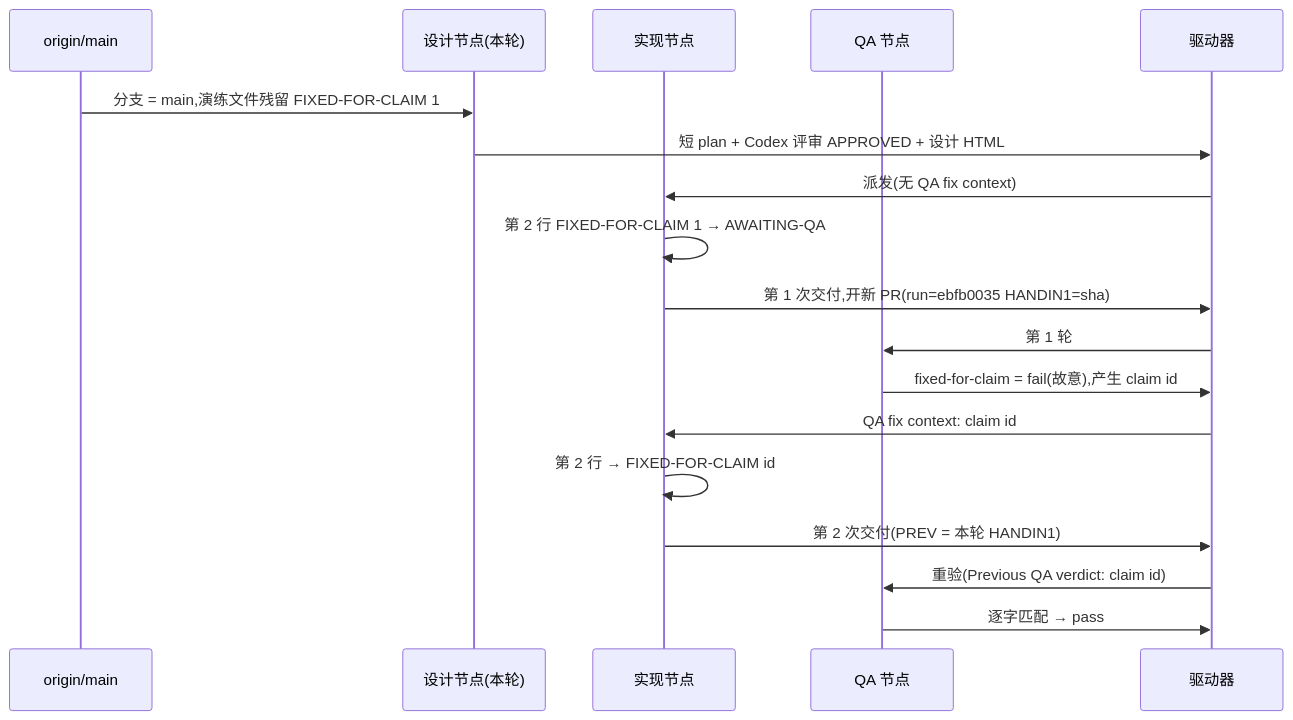
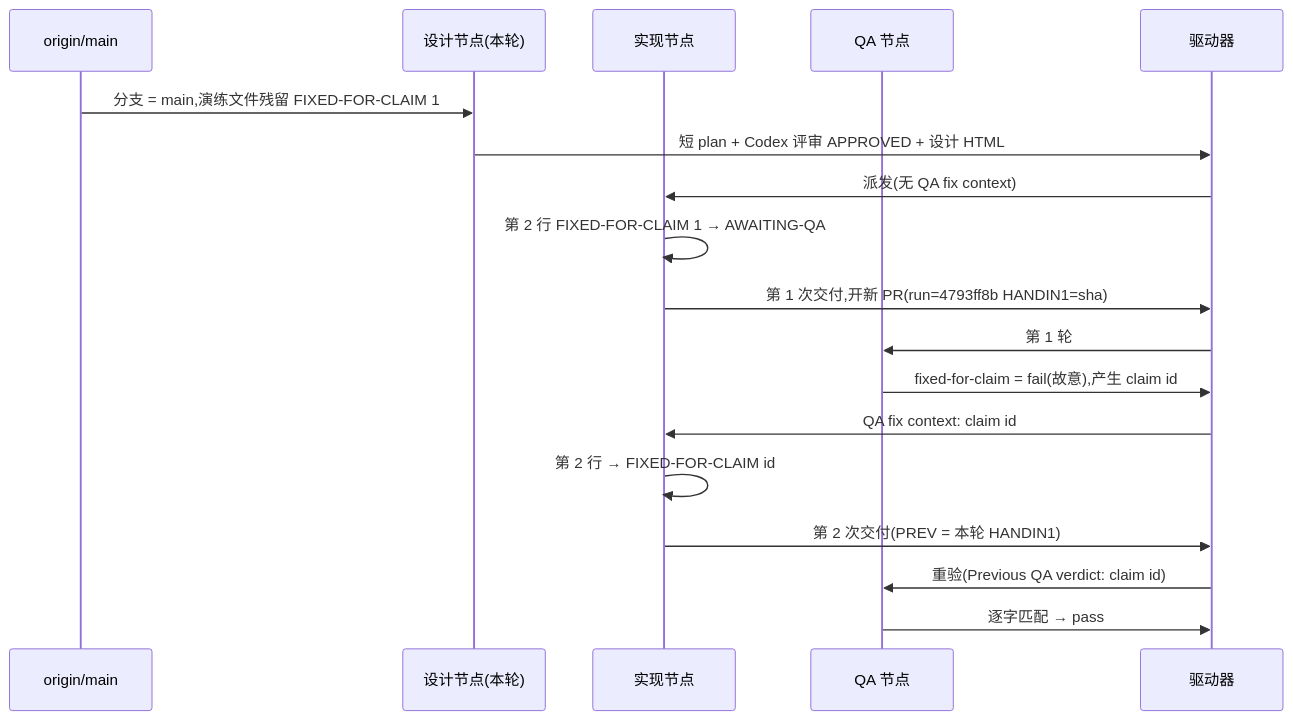
One commit to xrliAnnie/flywheel-qa-sandbox changed the diagram in engineering/doc/FLY-3150-real-runner-drill/d1-core-flow.mmd. Above: the diagram before and after it, drawn with Mermaid. The commit also changed 3 other files, not shown here.

```diff
--- a/engineering/doc/FLY-3150-real-runner-drill/d1-core-flow.mmd
+++ b/engineering/doc/FLY-3150-real-runner-drill/d1-core-flow.mmd
@@ -1,18 +1,18 @@
 sequenceDiagram
     participant M as origin/main
     participant S as 设计节点(本轮)
     participant I as 实现节点
     participant Q as QA 节点
     participant D as 驱动器
     M->>S: 分支 = main,演练文件残留 FIXED-FOR-CLAIM 1
     S->>D: 短 plan + Codex 评审 APPROVED + 设计 HTML
     D->>I: 派发(无 QA fix context)
     I->>I: 第 2 行 FIXED-FOR-CLAIM 1 → AWAITING-QA
-    I->>D: 第 1 次交付,开新 PR(run=ebfb0035 HANDIN1=sha)
+    I->>D: 第 1 次交付,开新 PR(run=4793ff8b HANDIN1=sha)
     D->>Q: 第 1 轮
     Q->>D: fixed-for-claim = fail(故意),产生 claim id
     D->>I: QA fix context: claim id
     I->>I: 第 2 行 → FIXED-FOR-CLAIM id
     I->>D: 第 2 次交付(PREV = 本轮 HANDIN1)
     D->>Q: 重验(Previous QA verdict: claim id)
     Q->>D: 逐字匹配 → pass
```
